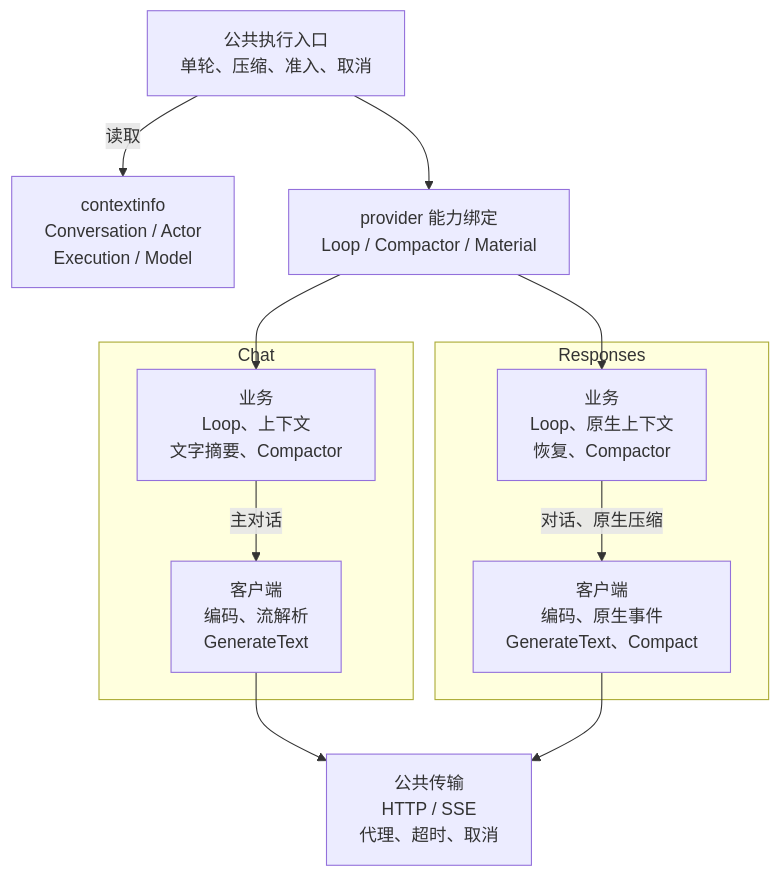
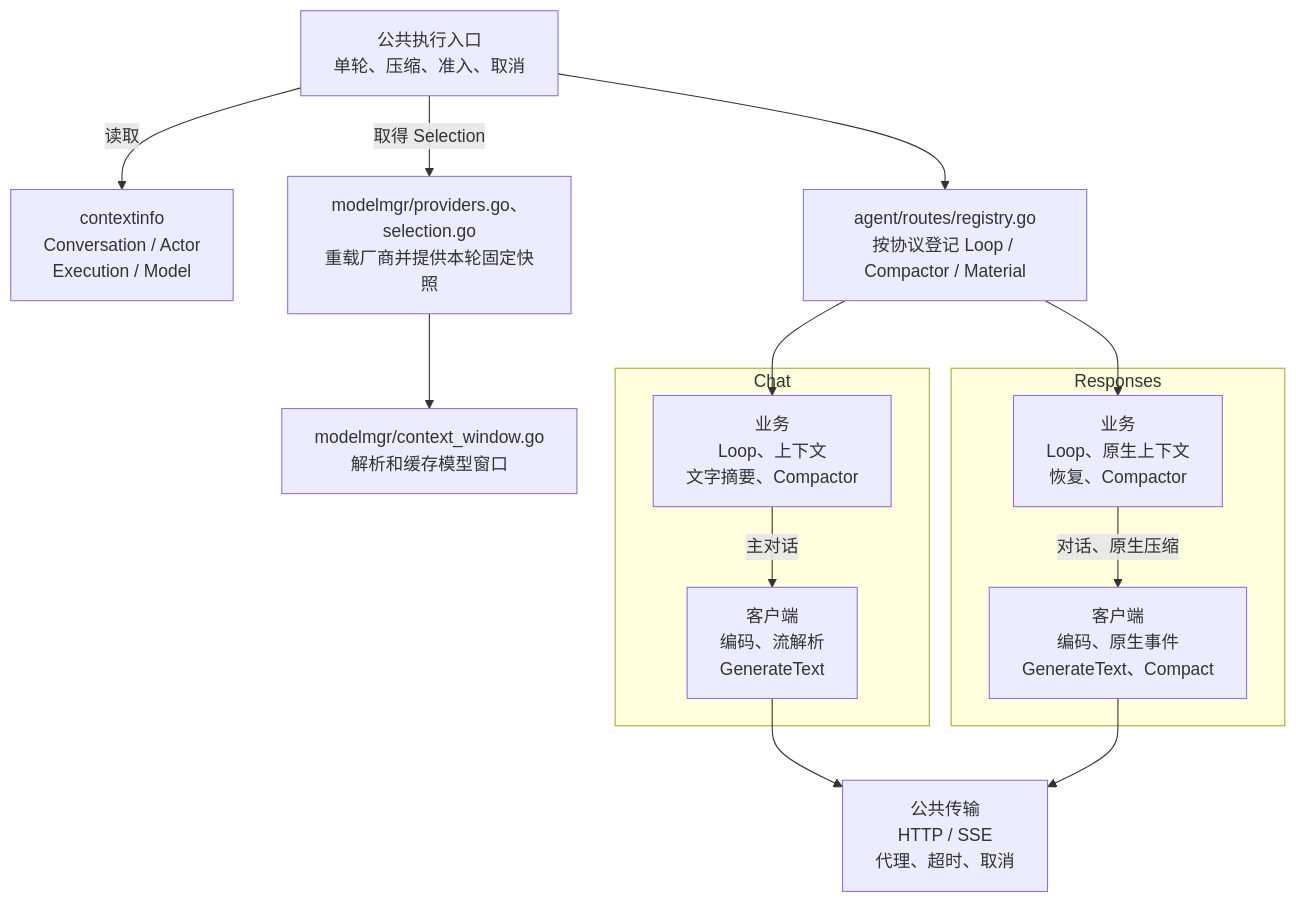
One commit to Elflare/elbot changed the second of 7 diagrams in devdocs/architecture.md. Above: the diagram before and after it, drawn with Mermaid. The commit also changed other lines of this file and 55 other files, not shown here.

````diff
--- a/devdocs/architecture.md
+++ b/devdocs/architecture.md
@@ -163,28 +164,32 @@
 ```mermaid
 flowchart TB
     ENTRY["公共执行入口<br/>单轮、压缩、准入、取消"]
     INFO["contextinfo<br/>Conversation / Actor<br/>Execution / Model"]
-    BIND["provider 能力绑定<br/>Loop / Compactor / Material"]
+    BIND["agent/routes/registry.go<br/>按协议登记 Loop / Compactor / Material"]
+    MODELS["modelmgr/providers.go、selection.go<br/>重载厂商并提供本轮固定快照"]
+    WINDOW["modelmgr/context_window.go<br/>解析和缓存模型窗口"]
 
     ENTRY -->|"读取"| INFO
+    ENTRY -->|"取得 Selection"| MODELS
+    MODELS --> WINDOW
     ENTRY --> BIND
 
     subgraph CHAT["Chat"]
         CB["业务<br/>Loop、上下文<br/>文字摘要、Compactor"]
         CC["客户端<br/>编码、流解析<br/>GenerateText"]
         CB -->|"主对话"| CC
     end
 
     subgraph RESPONSE["Responses"]
         RB["业务<br/>Loop、原生上下文<br/>恢复、Compactor"]
         RC["客户端<br/>编码、原生事件<br/>GenerateText、Compact"]
         RB -->|"对话、原生压缩"| RC
     end
 
     BIND --> CB
     BIND --> RB
 
     HTTP["公共传输<br/>HTTP / SSE<br/>代理、超时、取消"]
     CC --> HTTP
     RC --> HTTP
 ```
````
